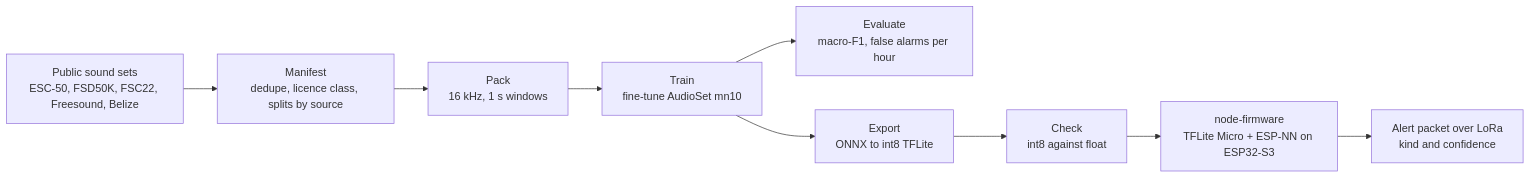
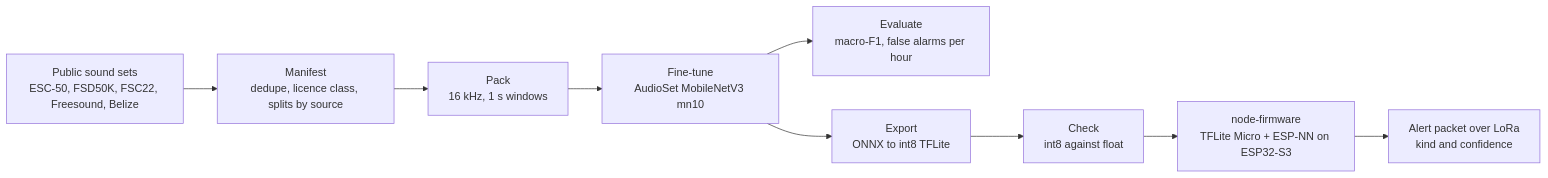
Before and after one commit to Terra-Watch/acoustic-ml: the second of 2 diagrams in README.md, drawn with Mermaid. The commit also changed other lines of this file and 2 other files, not shown here.

Commit message:
README: MobileNetV3 architecture, fine-tuning recipe and export path; correct deployed int8 scores

````diff
--- a/README.md
+++ b/README.md
@@ -99,11 +153,11 @@
 ```mermaid
 flowchart LR
   A["Public sound sets<br/>ESC-50, FSD50K, FSC22, Freesound, Belize"] --> B["Manifest<br/>dedupe, licence class, splits by source"]
   B --> C["Pack<br/>16 kHz, 1 s windows"]
-  C --> D["Train<br/>fine-tune AudioSet mn10"]
+  C --> D["Fine-tune<br/>AudioSet MobileNetV3 mn10"]
   D --> E["Evaluate<br/>macro-F1, false alarms per hour"]
   D --> F["Export<br/>ONNX to int8 TFLite"]
   F --> G["Check<br/>int8 against float"]
   G --> H["node-firmware<br/>TFLite Micro + ESP-NN on ESP32-S3"]
   H --> I["Alert packet over LoRa<br/>kind and confidence"]
 ```
````
